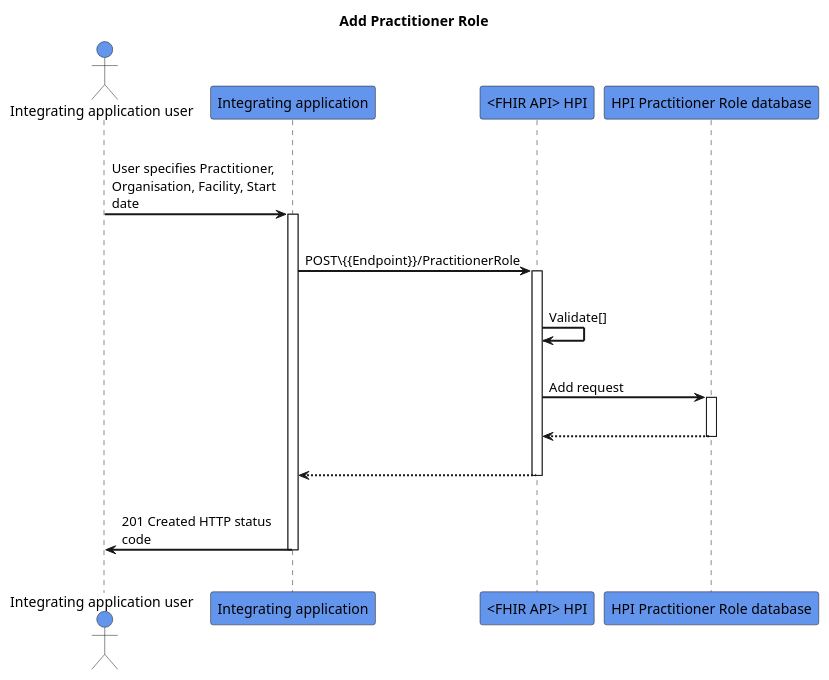
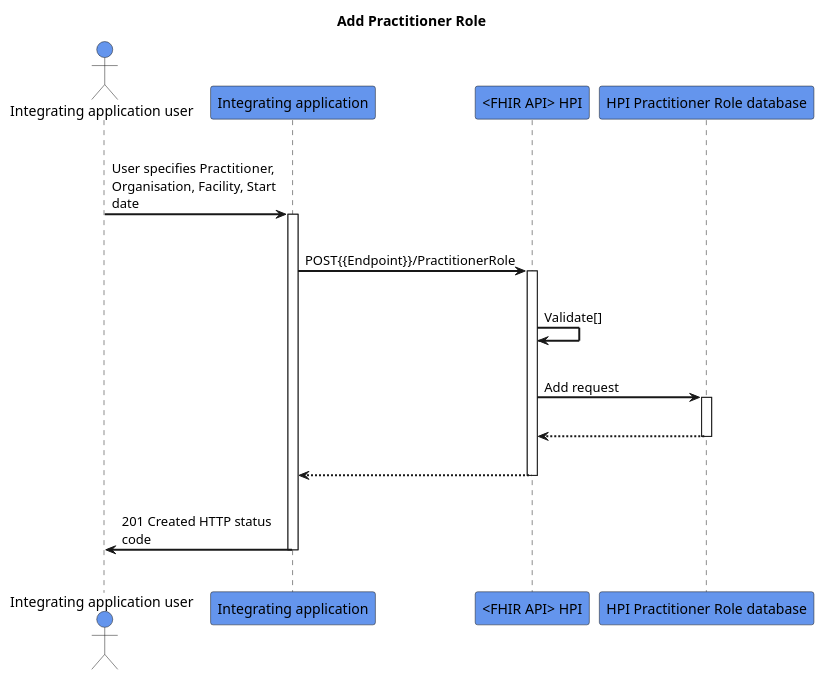
One commit to HL7NZ/hpi changed the diagram in input/images-source/add-practitionerrole.plantuml. Above: the diagram before and after it, drawn with PlantUML.

```diff
--- a/input/images-source/add-practitionerrole.plantuml
+++ b/input/images-source/add-practitionerrole.plantuml
@@ -1,32 +1,32 @@
 @startuml
 skinparam sequenceArrowThickness 2
 skinparam roundcorner 5
 skinparam maxmessagesize 180
 skinparam sequenceParticipant bold
 title Add Practitioner Role
 actor "Integrating application user" as User #CornflowerBlue
 participant "Integrating application" as A #CornflowerBlue
 participant "<FHIR API> HPI" as B #CornflowerBlue
 participant "HPI Practitioner Role database" as C #CornflowerBlue
 |||
 User -> A: User specifies Practitioner, Organisation, Facility, Start date
 activate A
 |||
-A -> B: POST\{{Endpoint}}/PractitionerRole
+A -> B: POST{{Endpoint}}/PractitionerRole
 activate B
 |||
 B -> B: Validate[]
 |||
 B -> C: Add request
 activate C
 |||
 C -[dashed]-> B:  
 deactivate C
 |||
 B -[dashed]-> A:
 deactivate B
 |||
 A -> User: 201 Created HTTP status code
 deactivate A
 |||
 @enduml
```
